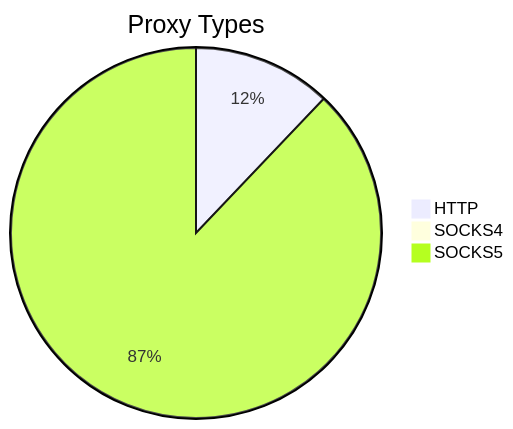
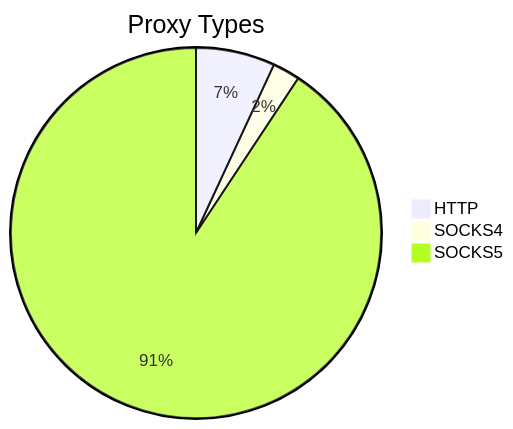
One commit to stormsia/proxy-list changed the first of 2 diagrams in README.md. Above: the diagram before and after it, drawn with Mermaid. The commit also changed other lines of this file, not shown here.

````diff
--- a/README.md
+++ b/README.md
@@ -21,6 +21,6 @@
 ```mermaid
 pie title Proxy Types
-    "HTTP" : 175
-    "SOCKS4" : 12
-    "SOCKS5" : 1271
+    "HTTP" : 136
+    "SOCKS4" : 47
+    "SOCKS5" : 1786
 ```
````
